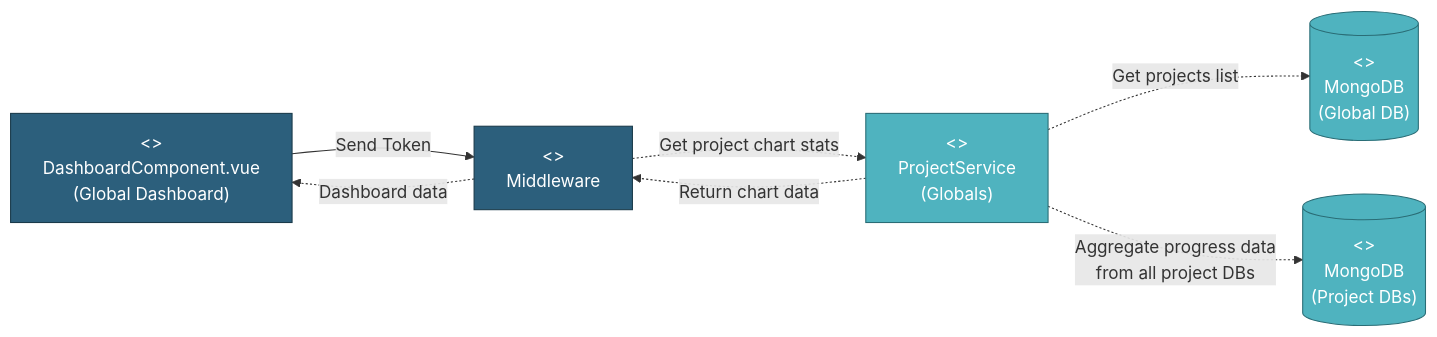
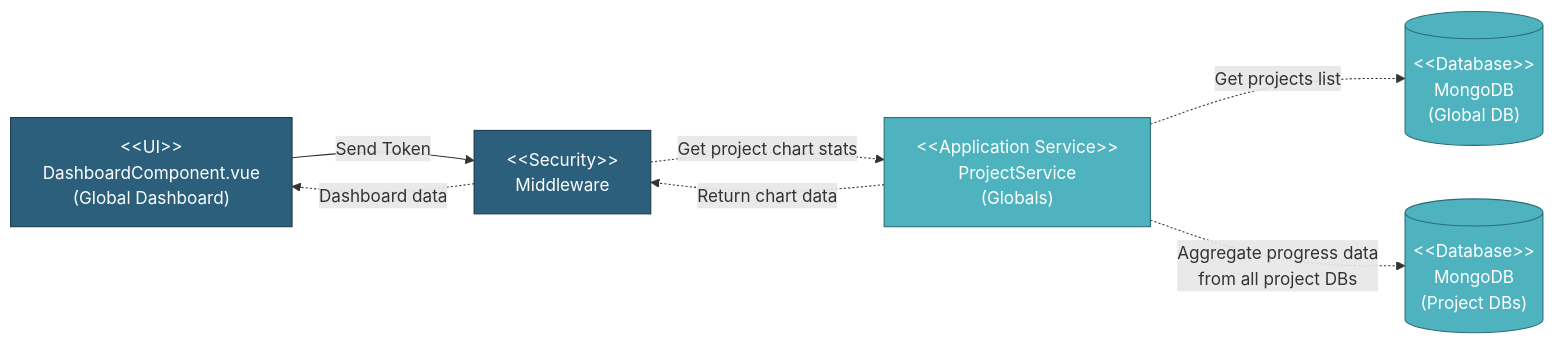
One commit to faizalmuzakki/pipeline-docs changed the diagram in docs/TDD/05-Component-Design/5.1-Global-Module/5.1.1-Dashboard/5.1.1.1-Dashboard-Overview.md. Above: the diagram before and after it, drawn with Mermaid. The commit also changed 2 other files, not shown here.

Commit message:
chore: global dashboard, project, & user

````diff
--- a/docs/TDD/05-Component-Design/5.1-Global-Module/5.1.1-Dashboard/5.1.1.1-Dashboard-Overview.md
+++ b/docs/TDD/05-Component-Design/5.1-Global-Module/5.1.1-Dashboard/5.1.1.1-Dashboard-Overview.md
@@ -9,24 +9,24 @@
 ```mermaid
 graph LR
-    UI["<<UI>><br/>DashboardComponent.vue<br/>(Global Dashboard)"]
+    UI["&lt;&lt;UI&gt;&gt;<br/>DashboardComponent.vue<br/>(Global Dashboard)"]
     
-    SEC["<<Security>><br/>Middleware"]
+    SEC["&lt;&lt;Security&gt;&gt;<br/>Middleware"]
     
-    PROJ_SVC["<<Application Service>><br/>ProjectService<br/>(Globals)"]
+    PROJ_SVC["&lt;&lt;Application Service&gt;&gt;<br/>ProjectService<br/>(Globals)"]
     
-    DB_GLOBAL[("<<Database>><br/>MongoDB<br/>(Global DB)")]
-    DB_PROJECTS[("<<Database>><br/>MongoDB<br/>(Project DBs)")]
+    DB_GLOBAL[("&lt;&lt;Database&gt;&gt;<br/>MongoDB<br/>(Global DB)")]
+    DB_PROJECTS[("&lt;&lt;Database&gt;&gt;<br/>MongoDB<br/>(Project DBs)")]
     
     UI -->|"Send Token"| SEC
     SEC -.->|"Get project chart stats"| PROJ_SVC
     PROJ_SVC -.->|"Get projects list"| DB_GLOBAL
     PROJ_SVC -.->|"Aggregate progress data<br/>from all project DBs"| DB_PROJECTS
     PROJ_SVC -.->|"Return chart data"| SEC
     SEC -.->|"Dashboard data"| UI
     
     style UI fill:#2C5F7C,stroke:#1a3a4a,color:#fff
     style SEC fill:#2C5F7C,stroke:#1a3a4a,color:#fff
     style PROJ_SVC fill:#4FB3BF,stroke:#2a6d76,color:#fff
     style DB_GLOBAL fill:#4FB3BF,stroke:#2a6d76,color:#fff
     style DB_PROJECTS fill:#4FB3BF,stroke:#2a6d76,color:#fff
 ```
````
